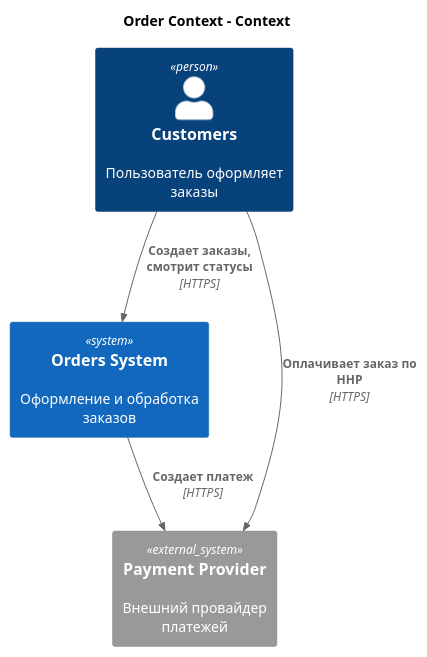
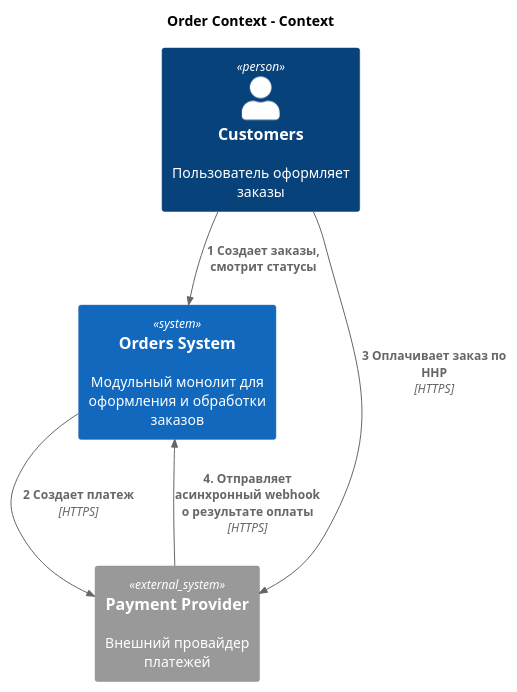
The diagram in docs/diagrams/c4/context/orders-context.puml (Adsimka/order-system-architecture), drawn with PlantUML before and after one commit. The commit also changed 2 other files, not shown here.

Commit message:
fix c4 diagrams

```diff
--- a/docs/diagrams/c4/context/orders-context.puml
+++ b/docs/diagrams/c4/context/orders-context.puml
@@ -1,16 +1,16 @@
 @startuml
 
 !include https://raw.githubusercontent.com/plantuml-stdlib/C4-PlantUML/master/C4_Context.puml
 
 title Order Context - Context
 
 Person(customer, "Customers", "Пользователь оформляет заказы")
-System(system, "Orders System", "Оформление и обработка заказов")
-
+System(orderSystem, "Orders System", "Модульный монолит для оформления и обработки заказов")
 System_Ext(paymentProvider, "Payment Provider", "Внешний провайдер платежей")
 
-Rel(customer, system, "Создает заказы, смотрит статусы", "HTTPS")
-Rel(system, paymentProvider, "Создает платеж", "HTTPS")
-Rel(customer, paymentProvider, "Оплачивает заказ по HHP", "HTTPS")
+Rel(customer, orderSystem, "1 Создает заказы, смотрит статусы")
+Rel(orderSystem, paymentProvider, "2 Создает платеж", "HTTPS")
+Rel(customer, paymentProvider, "3 Оплачивает заказ по HHP", "HTTPS")
+Rel(paymentProvider, orderSystem, "4. Отправляет асинхронный webhook о результате оплаты", "HTTPS")
 
 @enduml
```
